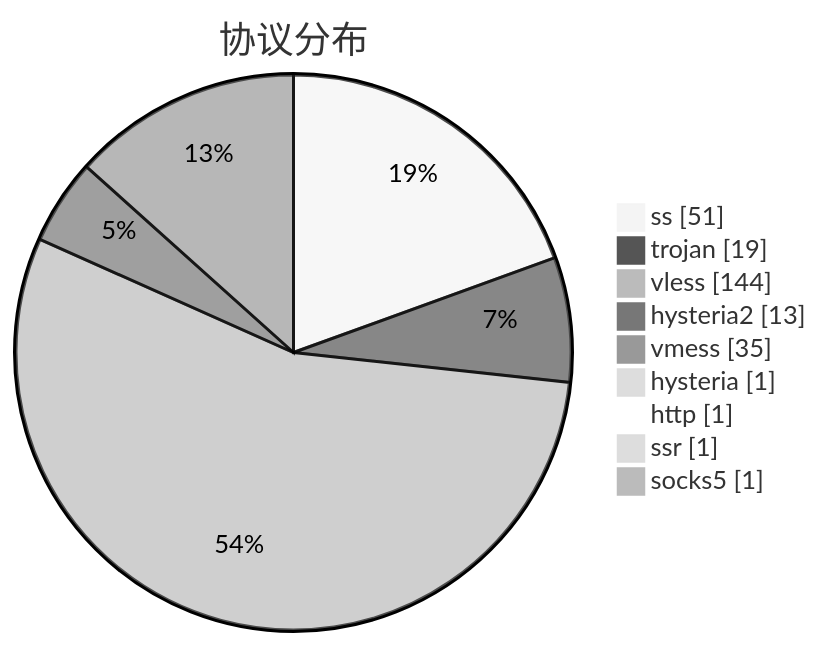
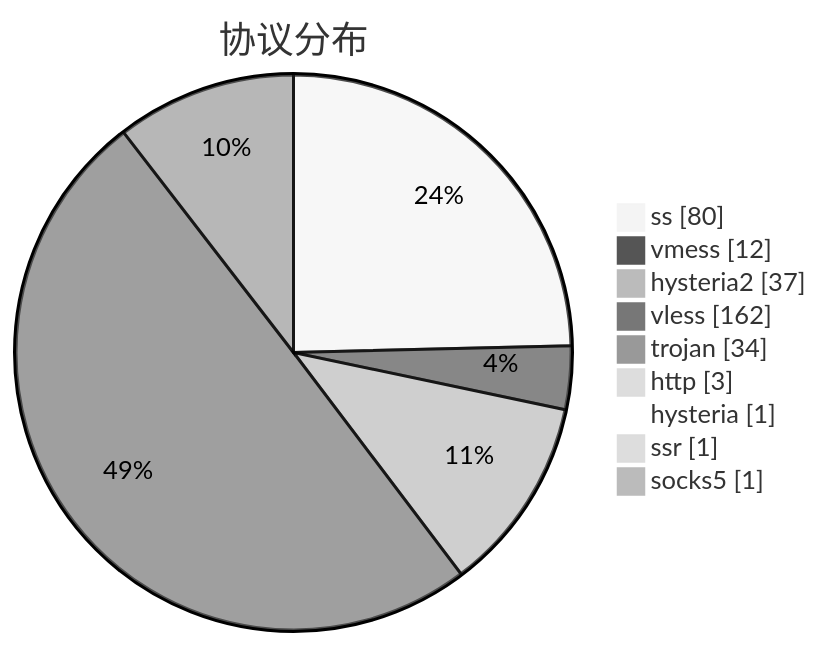
Before and after one commit to sinspired/airport: the third of 3 diagrams in subs/statistics/tested_within.md, drawn with Mermaid (neutral theme). The commit also changed other lines of this file and 2 other files, not shown here.

````diff
--- a/subs/statistics/tested_within.md
+++ b/subs/statistics/tested_within.md
@@ -41,13 +48,13 @@
 ```mermaid
 pie showData
 title 协议分布
-"ss" : 51
-"trojan" : 19
-"vless" : 144
-"hysteria2" : 13
-"vmess" : 35
+"ss" : 80
+"vmess" : 12
+"hysteria2" : 37
+"vless" : 162
+"trojan" : 34
+"http" : 3
 "hysteria" : 1
-"http" : 1
 "ssr" : 1
 "socks5" : 1
 ```
````
